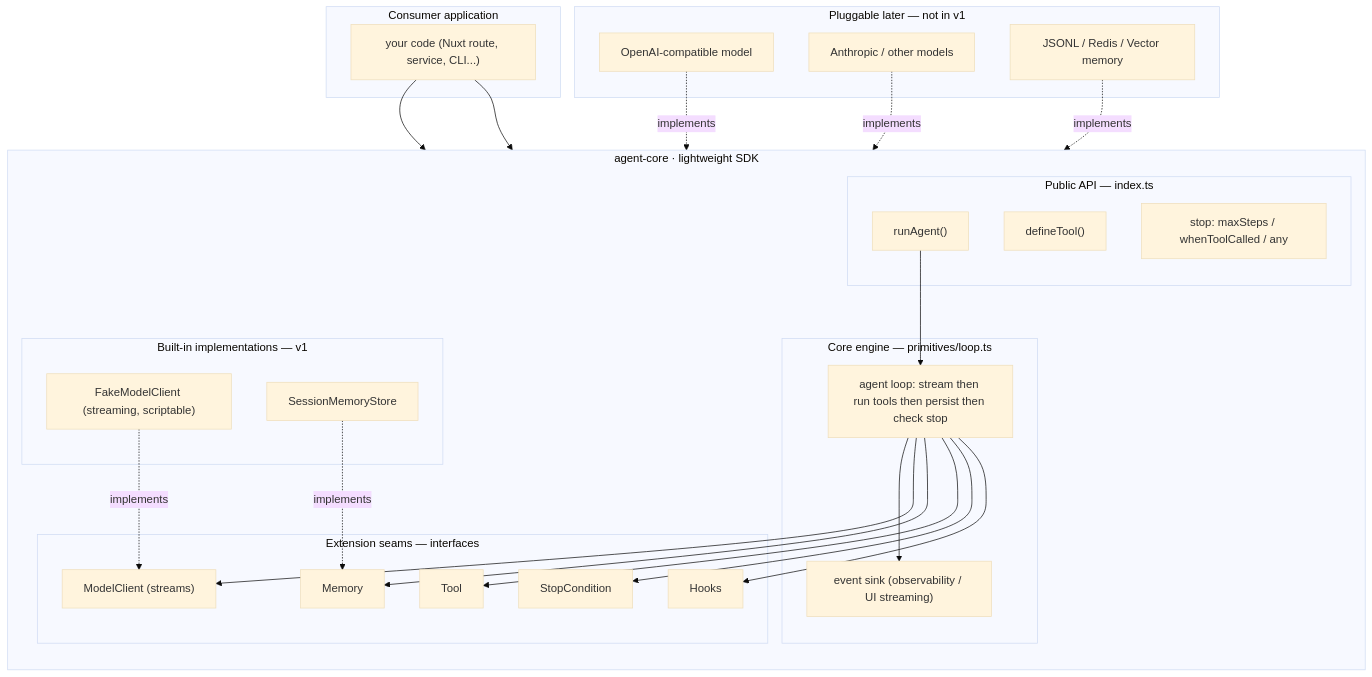
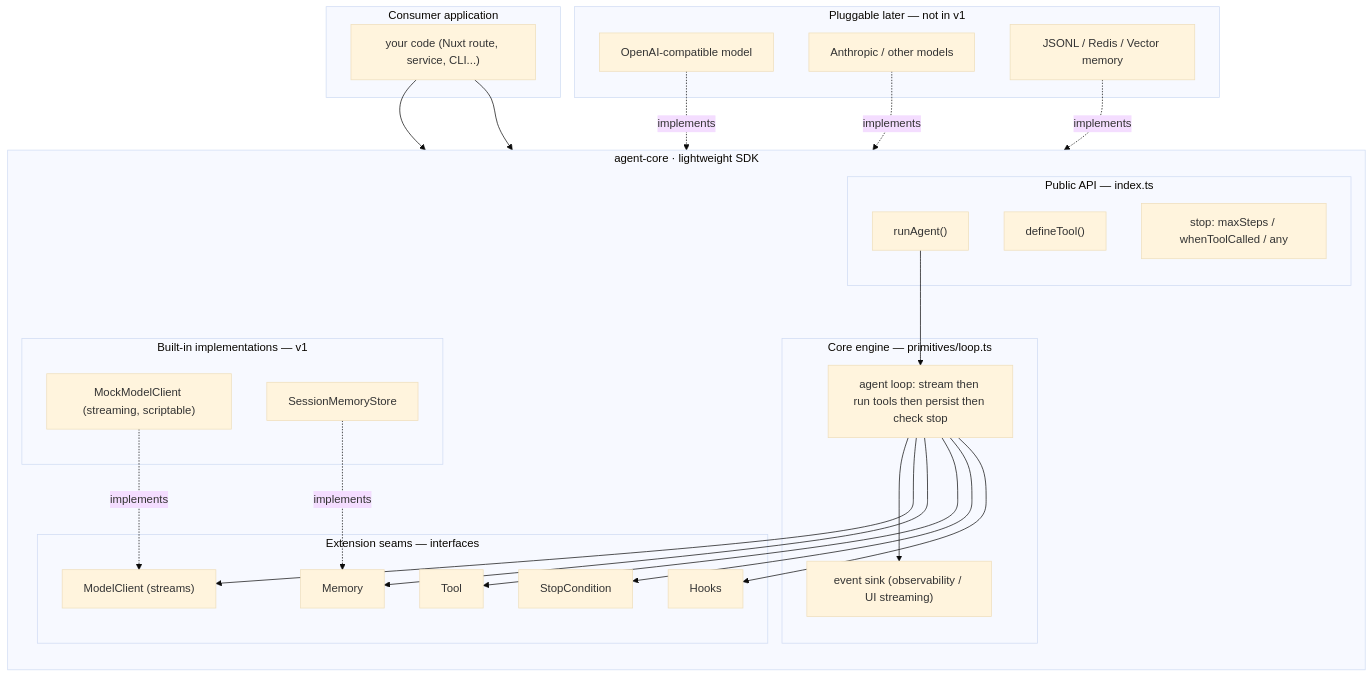
Before and after one commit to featherless-ai/open-agent-loops: the first of 4 diagrams in agent-core/docs/architecture.md, drawn with Mermaid (base theme). The commit also changed other lines of this file and 28 other files, not shown here.

````diff
--- a/agent-core/docs/architecture.md
+++ b/agent-core/docs/architecture.md
@@ -14,56 +14,56 @@
 ```mermaid
 flowchart TB
     subgraph Consumer["Consumer application"]
         APP["your code (Nuxt route, service, CLI...)"]
     end
 
     subgraph SDK["agent-core · lightweight SDK"]
         direction TB
 
         subgraph API["Public API — index.ts"]
             RUN["runAgent()"]
             DEF["defineTool()"]
             STOPS["stop: maxSteps / whenToolCalled / any"]
         end
 
         subgraph CORE["Core engine — primitives/loop.ts"]
             LOOP["agent loop: stream then run tools then persist then check stop"]
             EVT["event sink (observability / UI streaming)"]
         end
 
         subgraph SEAMS["Extension seams — interfaces"]
             MC["ModelClient (streams)"]
             MEM["Memory"]
             TOOL["Tool"]
             STOP["StopCondition"]
             HOOK["Hooks"]
         end
 
         subgraph BUILTIN["Built-in implementations — v1"]
-            FAKE["FakeModelClient (streaming, scriptable)"]
+            FAKE["MockModelClient (streaming, scriptable)"]
             INMEM["SessionMemoryStore"]
         end
     end
 
     subgraph PLUG["Pluggable later — not in v1"]
         OAI["OpenAI-compatible model"]
         ANTH["Anthropic / other models"]
         DUR["JSONL / Redis / Vector memory"]
     end
 
     APP --> RUN
     APP --> DEF
     RUN --> LOOP
     LOOP --> EVT
     LOOP --> MC
     LOOP --> MEM
     LOOP --> TOOL
     LOOP --> STOP
     LOOP --> HOOK
 
     FAKE -. implements .-> MC
     INMEM -. implements .-> MEM
     OAI -. implements .-> MC
     ANTH -. implements .-> MC
     DUR -. implements .-> MEM
 ```
````
